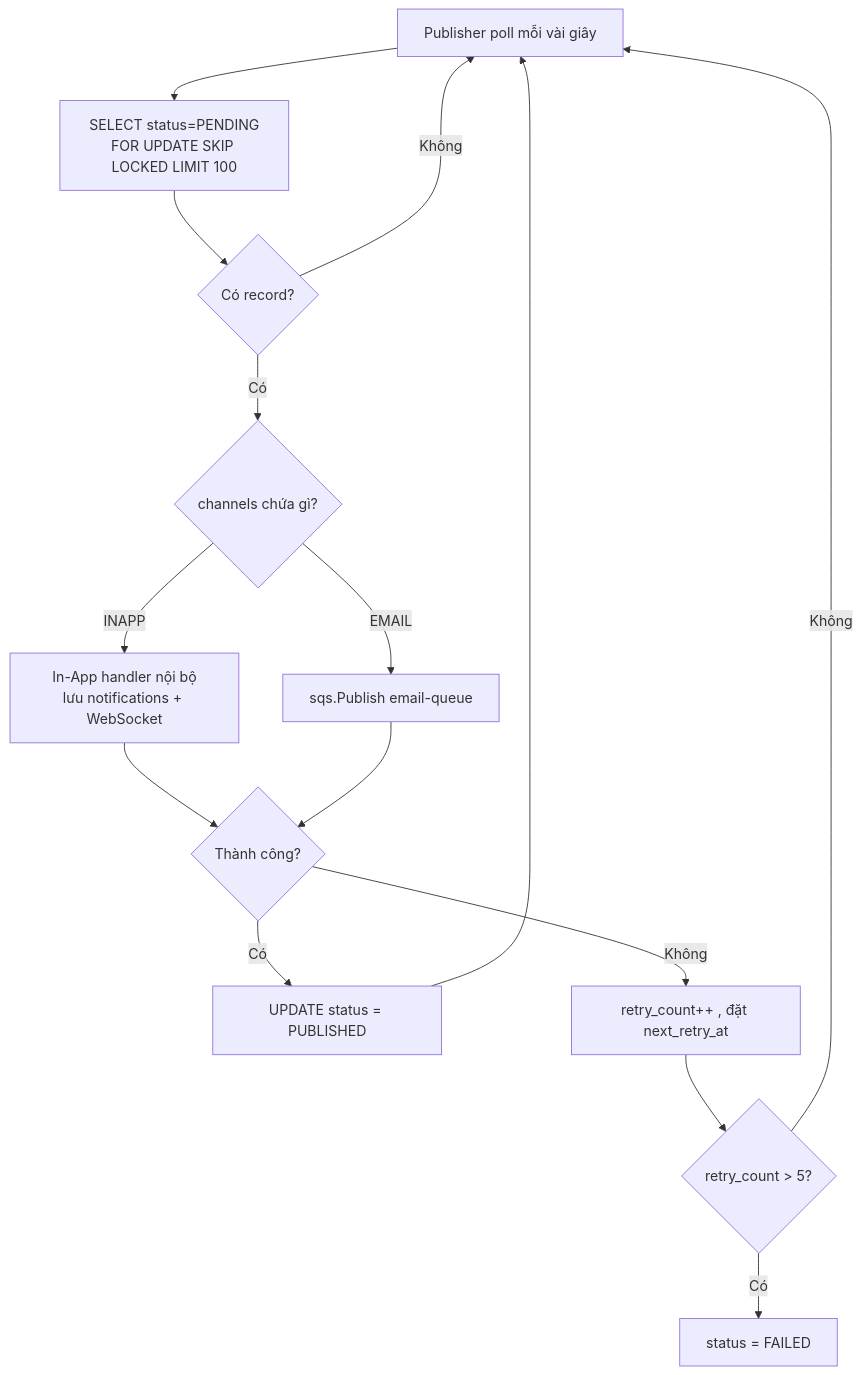
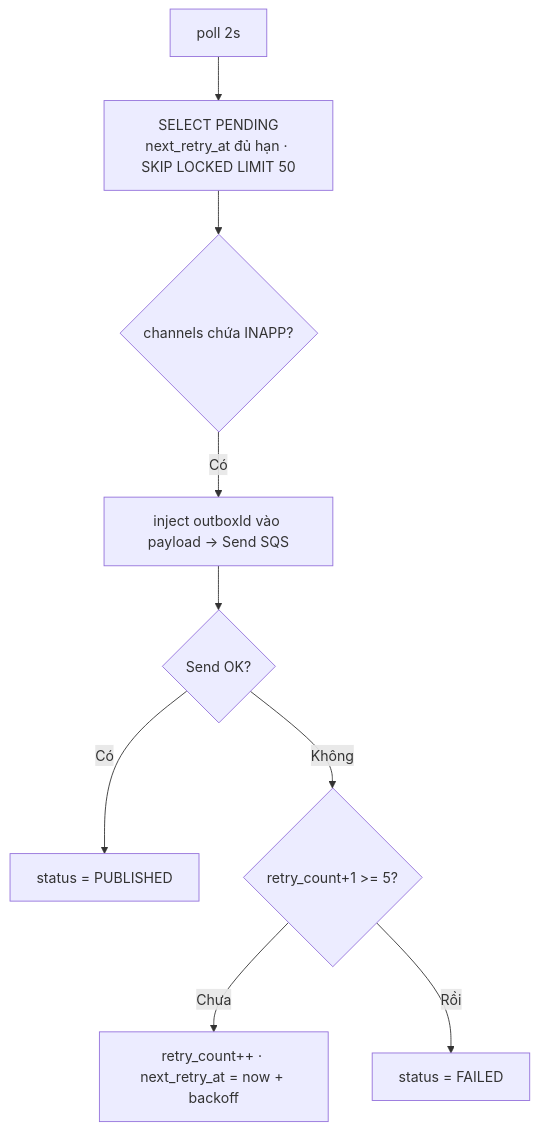
The fourth of 6 diagrams in technical-proposal-notification-system.md (thanhncTeecom/View-Document-Readme), drawn with Mermaid before and after one commit. The commit also changed other lines of this file, not shown here.

````diff
--- a/technical-proposal-notification-system.md
+++ b/technical-proposal-notification-system.md
@@ -246,17 +159,11 @@
 ```mermaid
 flowchart TD
-    A[Publisher poll mỗi vài giây] --> B[SELECT status=PENDING<br/>FOR UPDATE SKIP LOCKED LIMIT 100]
-    B --> C{Có record?}
-    C -->|Không| A
-    C -->|Có| D{channels chứa gì?}
-    D -->|INAPP| E[In-App handler nội bộ<br/>lưu notifications + WebSocket]
-    D -->|EMAIL| F[sqs.Publish email-queue]
-    E --> G{Thành công?}
-    F --> G
-    G -->|Có| H[UPDATE status = PUBLISHED]
-    G -->|Không| I[retry_count++ , đặt next_retry_at]
-    I --> J{retry_count > 5?}
-    J -->|Có| K[status = FAILED]
-    J -->|Không| A
-    H --> A
+    A[poll 2s] --> B[SELECT PENDING<br/>next_retry_at đủ hạn · SKIP LOCKED LIMIT 50]
+    B --> C{channels chứa INAPP?}
+    C -->|Có| D[inject outboxId vào payload → Send SQS]
+    D --> E{Send OK?}
+    E -->|Có| F[status = PUBLISHED]
+    E -->|Không| G{retry_count+1 >= 5?}
+    G -->|Chưa| H[retry_count++ · next_retry_at = now + backoff]
+    G -->|Rồi| K[status = FAILED]
 ```
````
